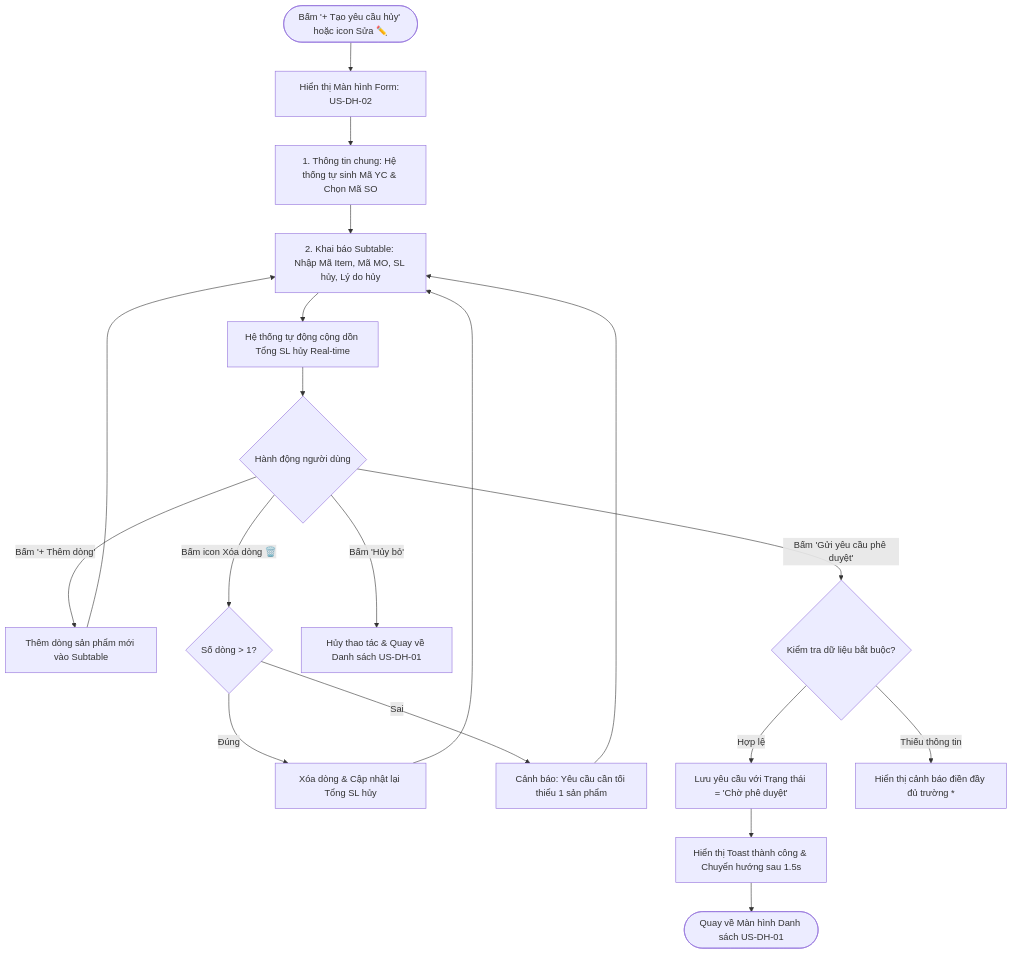
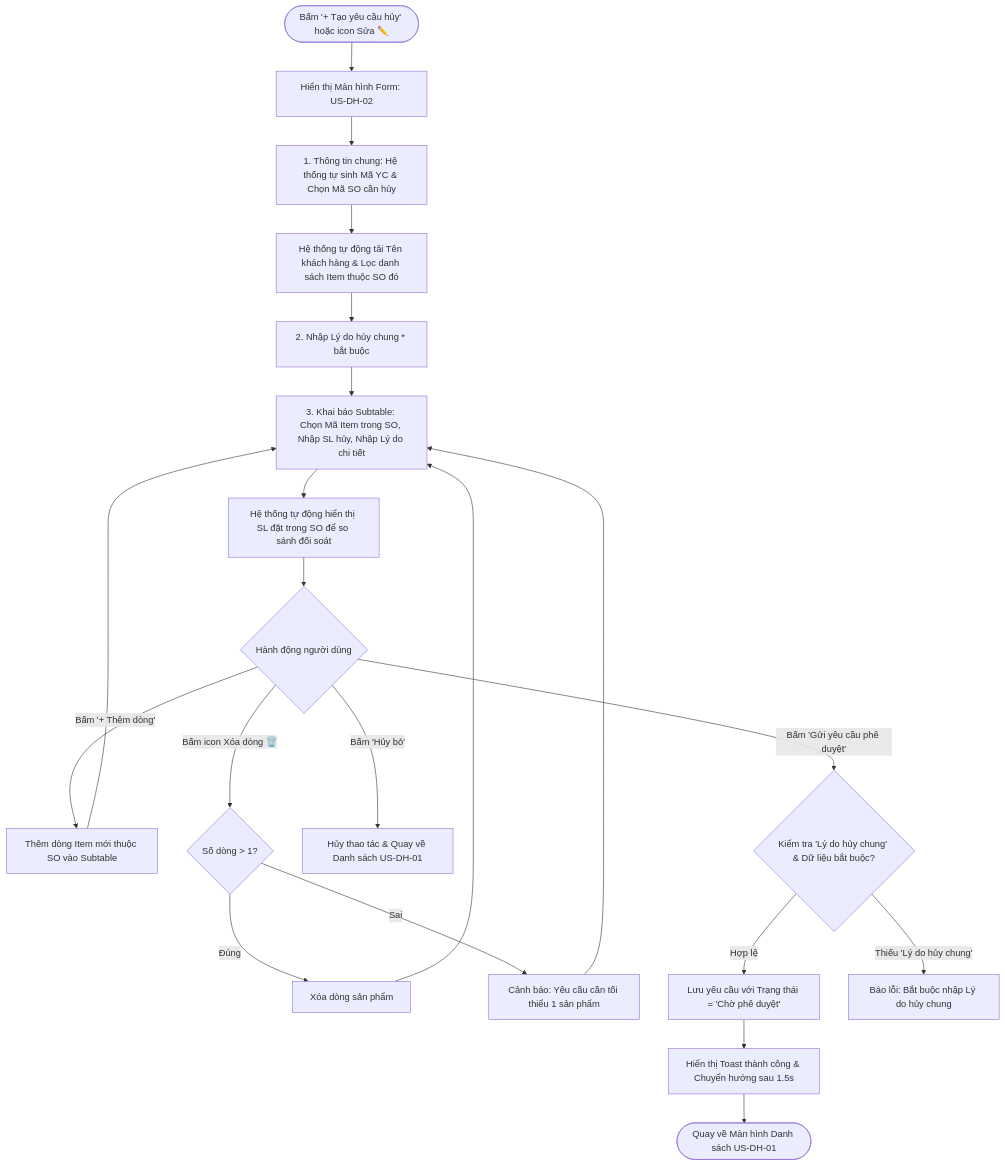
The diagram in docs/user-stories/US-DH-02-tao-chinh-sua-yeu-cau-huy-so.md (midumidu1213-collab/order-prototype), drawn with Mermaid before and after one commit. The commit also changed other lines of this file and 2 other files, not shown here.

Commit message:
Update-cancel-request-form-remove-fields-and-filter-items-by-so

````diff
--- a/docs/user-stories/US-DH-02-tao-chinh-sua-yeu-cau-huy-so.md
+++ b/docs/user-stories/US-DH-02-tao-chinh-sua-yeu-cau-huy-so.md
@@ -18,28 +18,31 @@
 ```mermaid
 flowchart TD
     Start([Bấm '+ Tạo yêu cầu hủy' hoặc icon Sửa ✏️]) --> FormView[Hiển thị Màn hình Form: US-DH-02]
     
-    FormView --> Step1[1. Thông tin chung: Hệ thống tự sinh Mã YC & Chọn Mã SO]
-    Step1 --> Step2[2. Khai báo Subtable: Nhập Mã Item, Mã MO, SL hủy, Lý do hủy]
+    FormView --> Step1[1. Thông tin chung: Hệ thống tự sinh Mã YC & Chọn Mã SO cần hủy]
+    Step1 --> AutoLoad[Hệ thống tự động tải Tên khách hàng & Lọc danh sách Item thuộc SO đó]
     
-    Step2 --> RealtimeCalc[Hệ thống tự động cộng dồn Tổng SL hủy Real-time]
+    AutoLoad --> Step2[2. Nhập Lý do hủy chung * bắt buộc]
+    Step2 --> Step3[3. Khai báo Subtable: Chọn Mã Item trong SO, Nhập SL hủy, Nhập Lý do chi tiết]
+    
+    Step3 --> RealtimeCalc[Hệ thống tự động hiển thị SL đặt trong SO để so sánh đối soát]
     
     RealtimeCalc --> UserAction{Hành động người dùng}
     
-    UserAction -->|Bấm '+ Thêm dòng'| AddRow[Thêm dòng sản phẩm mới vào Subtable]
-    AddRow --> Step2
+    UserAction -->|Bấm '+ Thêm dòng'| AddRow[Thêm dòng Item mới thuộc SO vào Subtable]
+    AddRow --> Step3
     
     UserAction -->|Bấm icon Xóa dòng 🗑️| CheckCount{Số dòng > 1?}
-    CheckCount -->|Đúng| RemoveRow[Xóa dòng & Cập nhật lại Tổng SL hủy]
+    CheckCount -->|Đúng| RemoveRow[Xóa dòng sản phẩm]
     CheckCount -->|Sai| AlertMinRow[Cảnh báo: Yêu cầu cần tối thiểu 1 sản phẩm]
-    RemoveRow --> Step2
-    AlertMinRow --> Step2
+    RemoveRow --> Step3
+    AlertMinRow --> Step3
     
     UserAction -->|Bấm 'Hủy bỏ'| CancelForm[Hủy thao tác & Quay về Danh sách US-DH-01]
     
-    UserAction -->|Bấm 'Gửi yêu cầu phê duyệt'| ValidateForm{Kiểm tra dữ liệu bắt buộc?}
+    UserAction -->|Bấm 'Gửi yêu cầu phê duyệt'| ValidateForm{Kiểm tra 'Lý do hủy chung' & Dữ liệu bắt buộc?}
     ValidateForm -->|Hợp lệ| SaveRecord[Lưu yêu cầu với Trạng thái = 'Chờ phê duyệt']
-    ValidateForm -->|Thiếu thông tin| ShowError[Hiển thị cảnh báo điền đầy đủ trường *]
+    ValidateForm -->|Thiếu 'Lý do hủy chung'| ShowError[Báo lỗi: Bắt buộc nhập Lý do hủy chung]
     SaveRecord --> SuccessNotify[Hiển thị Toast thành công & Chuyển hướng sau 1.5s]
     SuccessNotify --> Done([Quay về Màn hình Danh sách US-DH-01])
 ```
````
